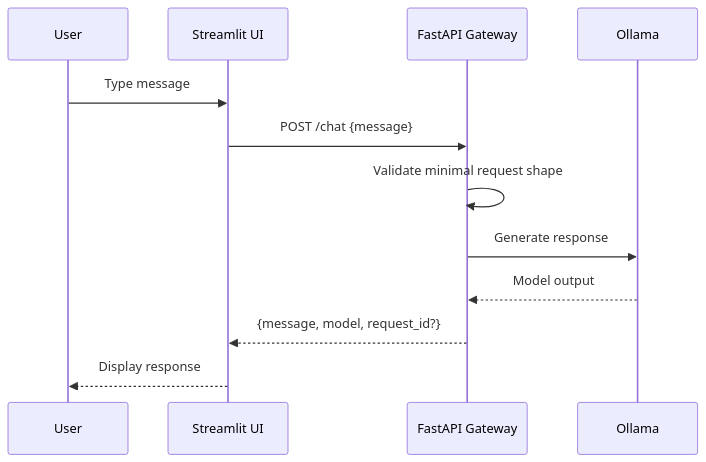
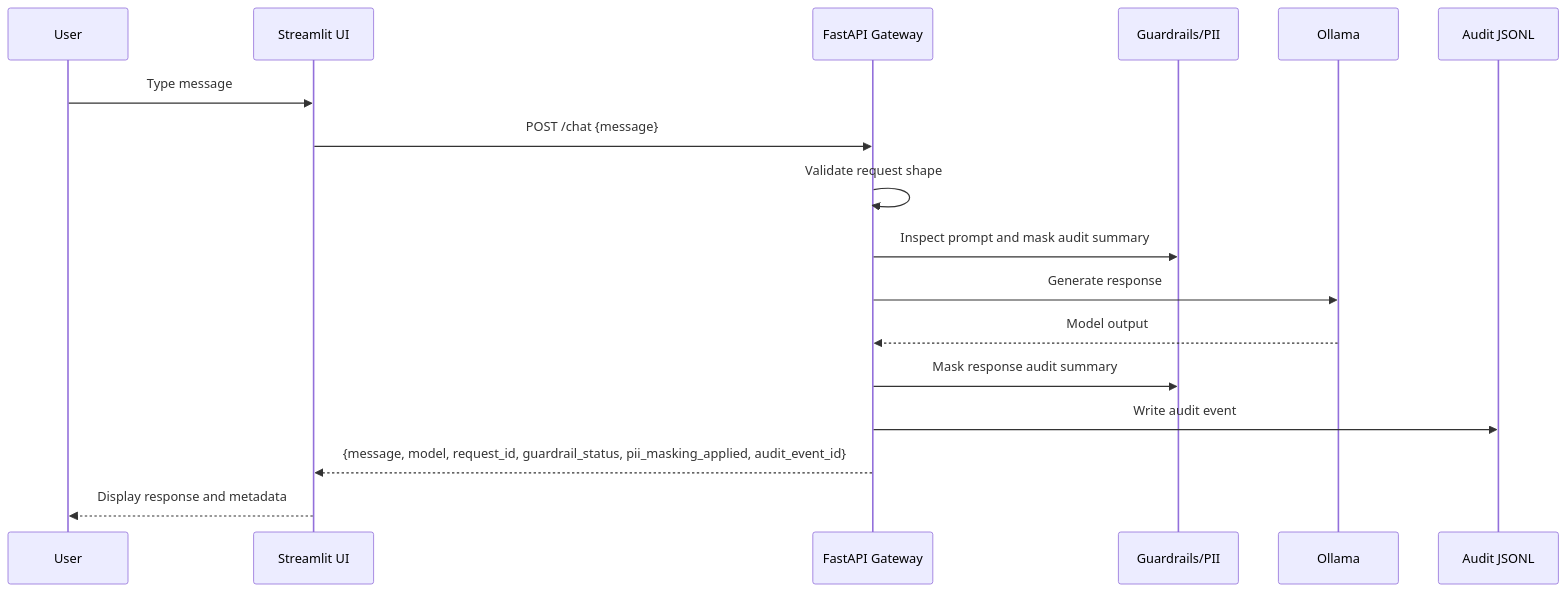
The third of 4 diagrams in docs/architecture.md (omcs-i-a/closed-llm-platform), drawn with Mermaid before and after one commit. The commit also changed other lines of this file and 22 other files, not shown here.

Commit message:
feat: implement M2 guardrails pii masking and audit baseline

````diff
--- a/docs/architecture.md
+++ b/docs/architecture.md
@@ -152,15 +167,20 @@
 ```mermaid
 sequenceDiagram
   participant U as User
   participant W as Streamlit UI
   participant A as FastAPI Gateway
+  participant G as Guardrails/PII
   participant O as Ollama
+  participant L as Audit JSONL
 
   U->>W: Type message
   W->>A: POST /chat {message}
-  A->>A: Validate minimal request shape
+  A->>A: Validate request shape
+  A->>G: Inspect prompt and mask audit summary
   A->>O: Generate response
   O-->>A: Model output
-  A-->>W: {message, model, request_id?}
-  W-->>U: Display response
+  A->>G: Mask response audit summary
+  A->>L: Write audit event
+  A-->>W: {message, model, request_id, guardrail_status, pii_masking_applied, audit_event_id}
+  W-->>U: Display response and metadata
 ```
````
